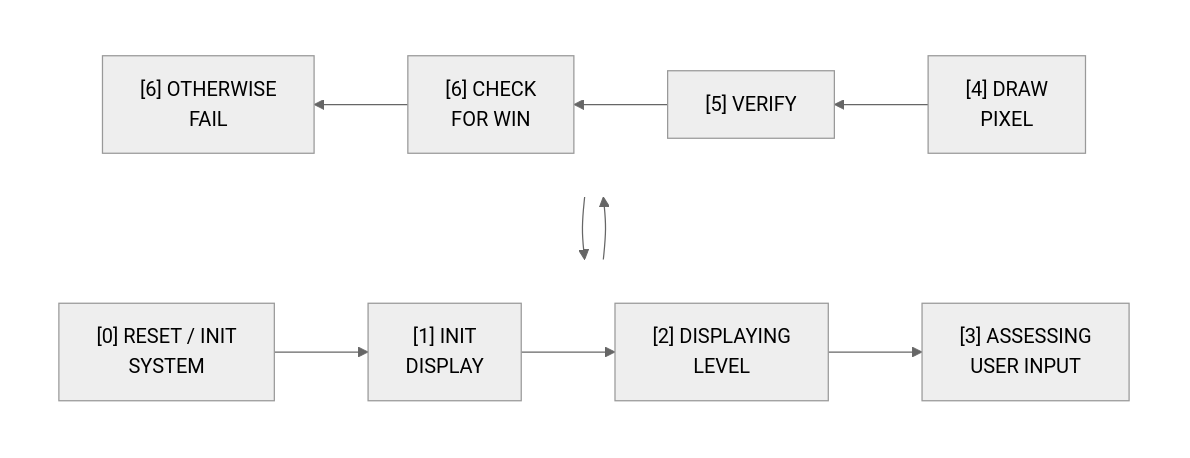
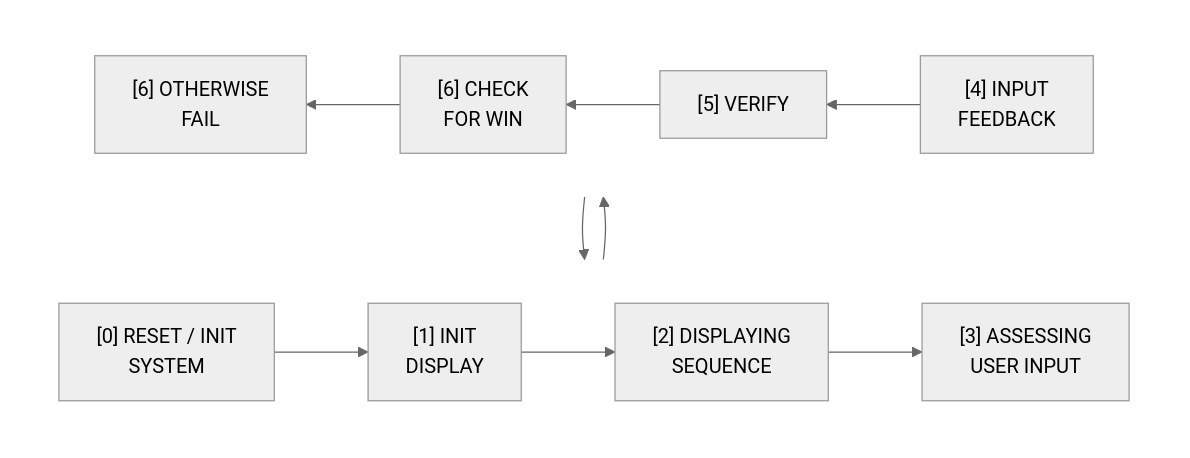
One commit to AaronM1812/Simon-Says-STUMP changed the diagram in README.md. Above: the diagram before and after it, drawn with Mermaid (neutral theme). The commit also changed other lines of this file, not shown here.

````diff
--- a/README.md
+++ b/README.md
@@ -71,22 +62,28 @@
 ```mermaid
 flowchart TB
 
   %% --- TOP ROW (left -> right) ---
   subgraph TOP[" "]
     direction LR
-    S0["[0] RESET / INIT<br/>SYSTEM"] --> S1["[1] INIT<br/>DISPLAY"] --> S2["[2] DISPLAYING<br/>LEVEL"] --> S3["[3] ASSESSING<br/>USER INPUT"]
+    S0["[0] RESET / INIT<br/>SYSTEM"] --> 
+    S1["[1] INIT<br/>DISPLAY"] --> 
+    S2["[2] DISPLAYING<br/>SEQUENCE"] --> 
+    S3["[3] ASSESSING<br/>USER INPUT"]
   end
 
   %% --- BOTTOM ROW (right -> left) ---
   subgraph BOTTOM[" "]
     direction RL
-    S4["[4] DRAW<br/>PIXEL"] --> S5["[5] VERIFY"] --> S6["[6] CHECK<br/>FOR WIN"] --> F6["[6] OTHERWISE<br/>FAIL"]
+    S4["[4] INPUT<br/>FEEDBACK"] --> 
+    S5["[5] VERIFY"] --> 
+    S6["[6] CHECK<br/>FOR WIN"] --> 
+    F6["[6] OTHERWISE<br/>FAIL"]
   end
 
   %% --- Vertical drop + loopback ---
   S3 --> S4
   F6 --> S0
 
   style TOP fill:transparent,stroke:transparent
   style BOTTOM fill:transparent,stroke:transparent
 ```
````
